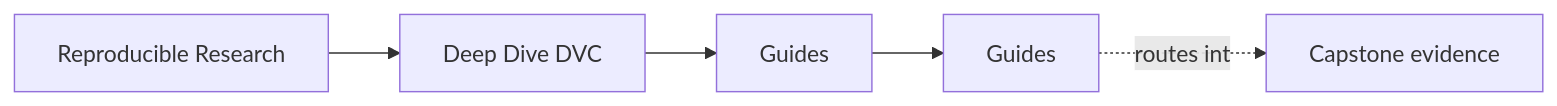
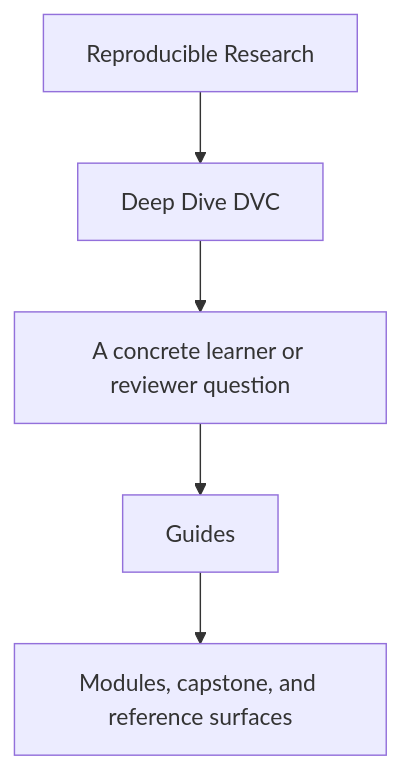
One commit to bijux/bijux-masterclass changed the first of 2 diagrams in programs/reproducible-research/deep-dive-dvc/course-book/guides/index.md. Above: the diagram before and after it, drawn with Mermaid. The commit also changed other lines of this file and 2 other files, not shown here.

Commit message:
docs(deep-dive-dvc): reframe course-book entry diagrams

````diff
--- a/programs/reproducible-research/deep-dive-dvc/course-book/guides/index.md
+++ b/programs/reproducible-research/deep-dive-dvc/course-book/guides/index.md
@@ -6,11 +6,7 @@
 ```mermaid
-graph LR
-  family["Reproducible Research"]
-  program["Deep Dive DVC"]
-  section["Guides"]
-  page["Guides"]
-  capstone["Capstone evidence"]
-
-  family --> program --> section --> page
-  page -.routes into.-> capstone
+flowchart TD
+  family["Reproducible Research"] --> program["Deep Dive DVC"]
+  program --> pressure["A concrete learner or reviewer question"]
+  pressure --> guide["Guides"]
+  guide --> next["Modules, capstone, and reference surfaces"]
 ```
````
